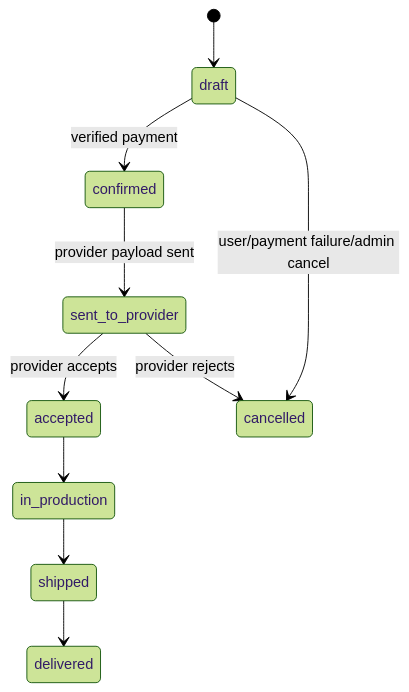
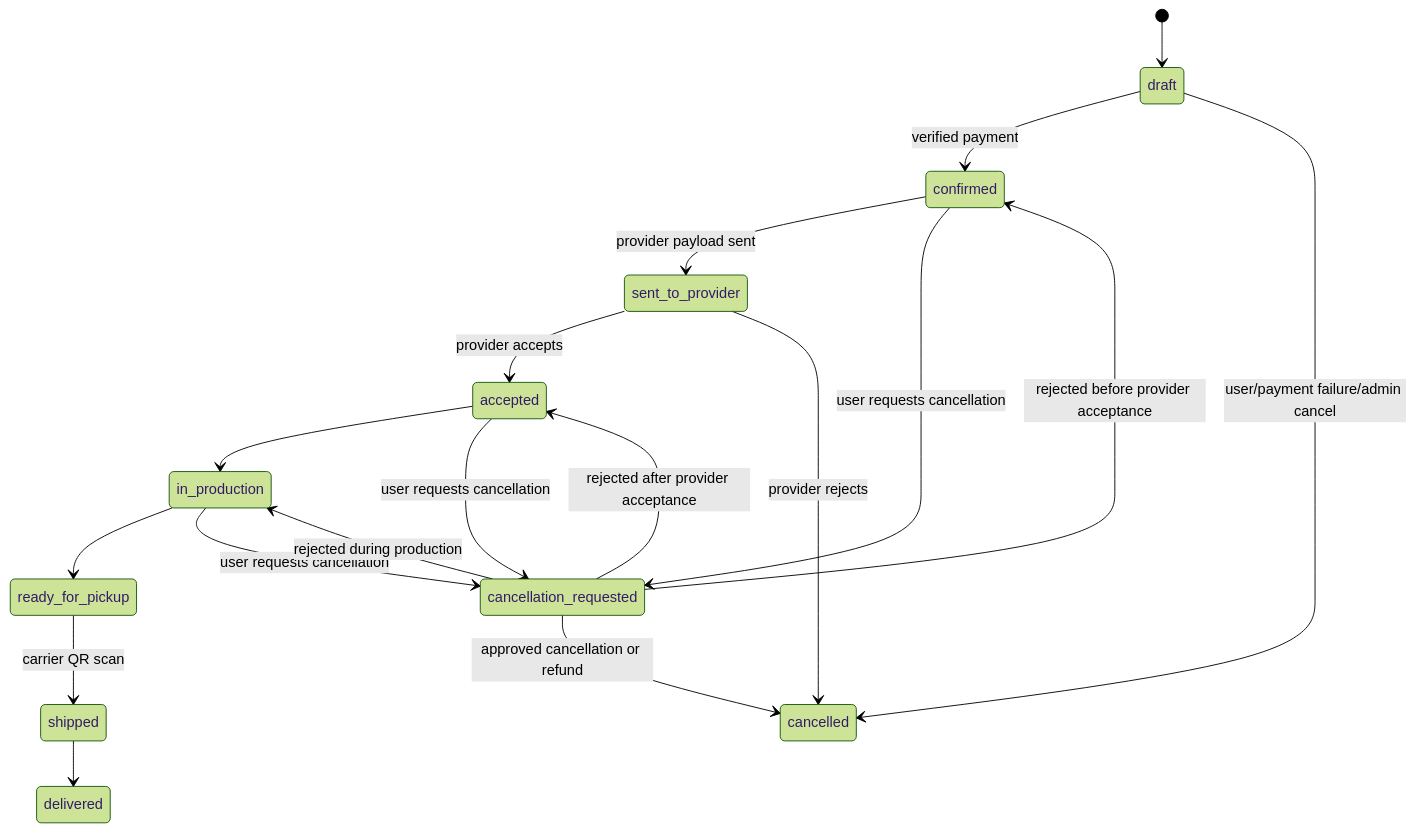
Before and after one commit to jovillal/placamia: the second of 2 diagrams in docs/flows/main-flow.md, drawn with Mermaid (forest theme). The commit also changed other lines of this file and 13 other files, not shown here.

Commit message:
docs: align MVP flows with direct checkout path

````diff
--- a/docs/flows/main-flow.md
+++ b/docs/flows/main-flow.md
@@ -98,12 +133,20 @@
 ```mermaid
 stateDiagram-v2
     [*] --> draft
     draft --> confirmed: verified payment
     confirmed --> sent_to_provider: provider payload sent
     sent_to_provider --> accepted: provider accepts
     sent_to_provider --> cancelled: provider rejects
     accepted --> in_production
-    in_production --> shipped
+    in_production --> ready_for_pickup
+    ready_for_pickup --> shipped: carrier QR scan
     shipped --> delivered
     draft --> cancelled: user/payment failure/admin cancel
+    confirmed --> cancellation_requested: user requests cancellation
+    accepted --> cancellation_requested: user requests cancellation
+    in_production --> cancellation_requested: user requests cancellation
+    cancellation_requested --> cancelled: approved cancellation or refund
+    cancellation_requested --> confirmed: rejected before provider acceptance
+    cancellation_requested --> accepted: rejected after provider acceptance
+    cancellation_requested --> in_production: rejected during production
 ```
````
